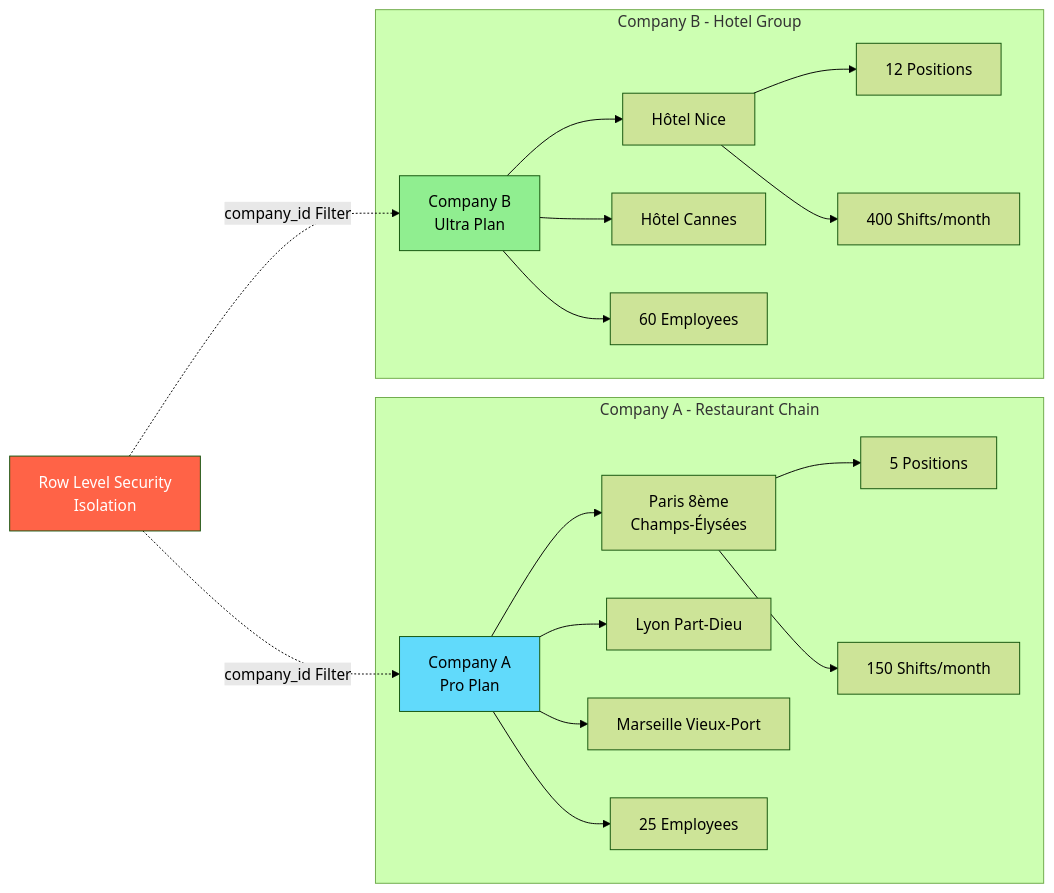
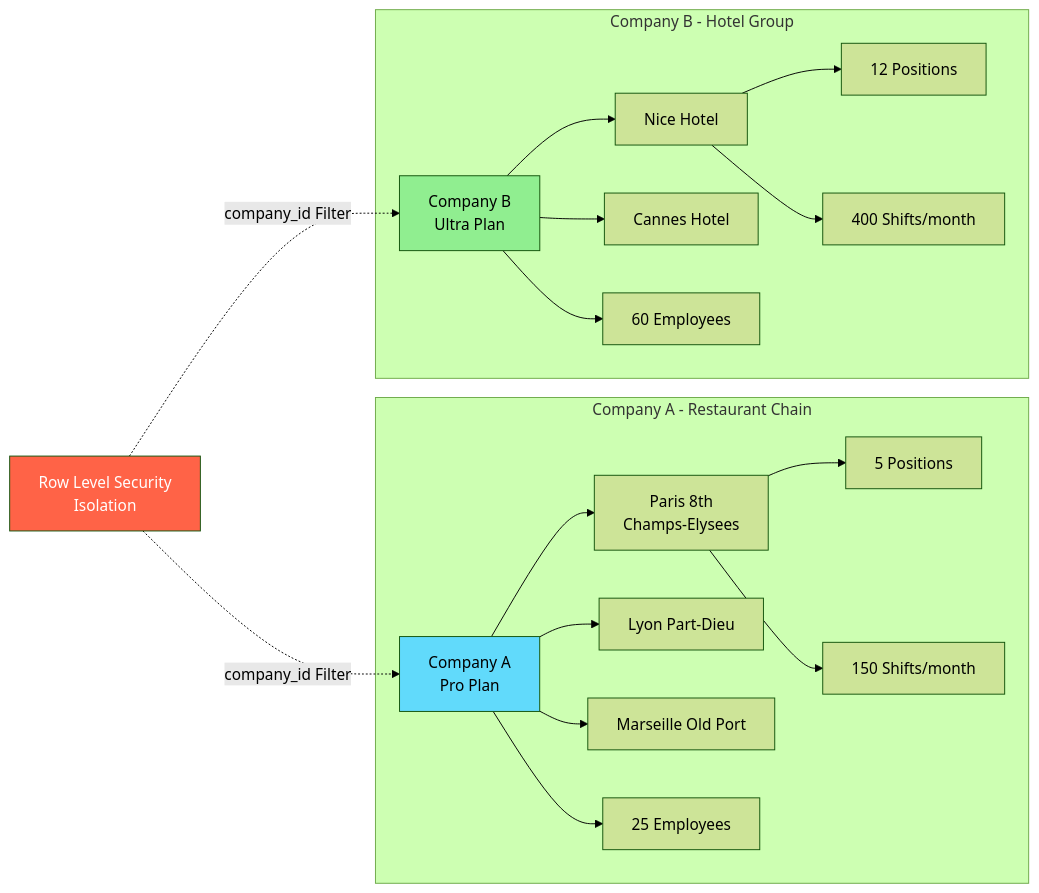
One commit to shiftexpress01/public changed the seventh of 14 diagrams in OVERVIEW.md. Above: the diagram before and after it, drawn with Mermaid (forest theme). The commit also changed other lines of this file, not shown here.

````diff
--- a/OVERVIEW.md
+++ b/OVERVIEW.md
@@ -426,47 +426,47 @@
 ```mermaid
 graph LR
     subgraph "Company A - Restaurant Chain"
         CA[Company A<br/>Pro Plan]
-        EA1[Paris 8ème<br/>Champs-Élysées]
+        EA1[Paris 8th<br/>Champs-Elysees]
         EA2[Lyon Part-Dieu]
-        EA3[Marseille Vieux-Port]
+        EA3[Marseille Old Port]
 
         CA --> EA1
         CA --> EA2
         CA --> EA3
 
         UA1[25 Employees]
         PA1[5 Positions]
         SA1[150 Shifts/month]
 
         CA --> UA1
         EA1 --> PA1
         EA1 --> SA1
     end
 
     subgraph "Company B - Hotel Group"
         CB[Company B<br/>Ultra Plan]
-        EB1[Hôtel Nice]
-        EB2[Hôtel Cannes]
+        EB1[Nice Hotel]
+        EB2[Cannes Hotel]
 
         CB --> EB1
         CB --> EB2
 
         UB1[60 Employees]
         PB1[12 Positions]
         SB1[400 Shifts/month]
 
         CB --> UB1
         EB1 --> PB1
         EB1 --> SB1
     end
 
     RLS[Row Level Security<br/>Isolation]
 
     RLS -.company_id Filter.-> CA
     RLS -.company_id Filter.-> CB
 
     style RLS fill:#FF6347,color:#fff
     style CA fill:#61dafb
     style CB fill:#90EE90
 ```
````
